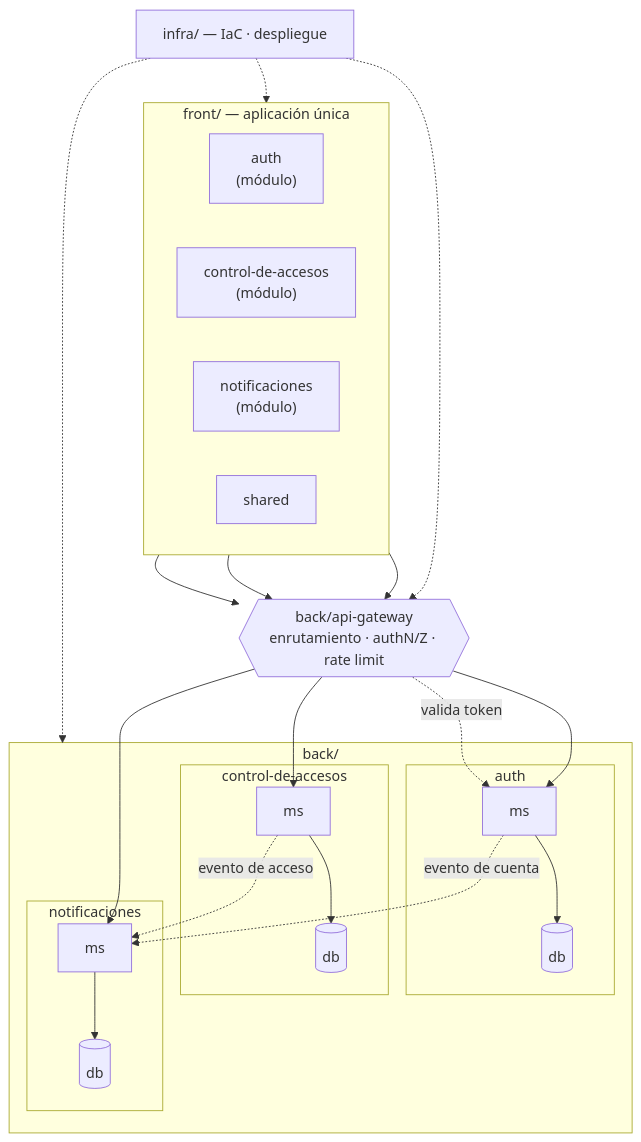
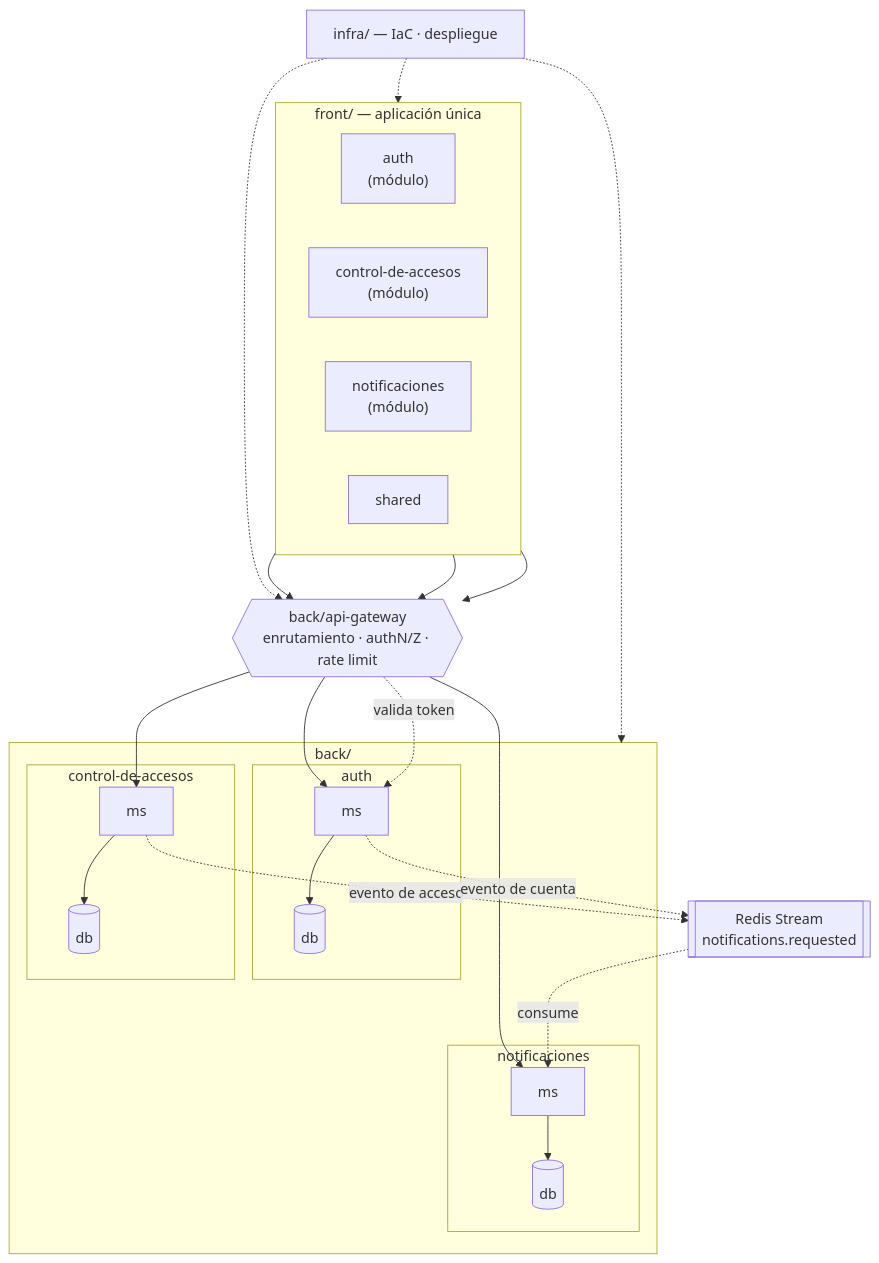
The diagram in docs/architecture.md (nestorsgarzonc/SuperApp), drawn with Mermaid before and after one commit. The commit also changed other lines of this file and 43 other files, not shown here.

````diff
--- a/docs/architecture.md
+++ b/docs/architecture.md
@@ -11,41 +11,43 @@
 ```mermaid
 flowchart TB
   subgraph front["front/ — aplicación única"]
     direction LR
     MOD_AU["auth<br/>(módulo)"]
     MOD_CA["control-de-accesos<br/>(módulo)"]
     MOD_NO["notificaciones<br/>(módulo)"]
     SHARED["shared"]
   end
 
   GW{{"back/api-gateway<br/>enrutamiento · authN/Z · rate limit"}}
 
   subgraph back["back/"]
     subgraph fau["auth"]
       MAU["ms"] --> DAU[("db")]
     end
     subgraph fca["control-de-accesos"]
       MCA["ms"] --> DCA[("db")]
     end
     subgraph fno["notificaciones"]
       MNO["ms"] --> DNO[("db")]
     end
   end
 
   MOD_AU --> GW
   MOD_CA --> GW
   MOD_NO --> GW
 
   GW --> MAU
   GW --> MCA
   GW --> MNO
 
   GW -. "valida token" .-> MAU
-  MCA -. "evento de acceso" .-> MNO
-  MAU -. "evento de cuenta" .-> MNO
+  BUS[["Redis Stream<br/>notifications.requested"]]
+  MCA -. "evento de acceso" .-> BUS
+  MAU -. "evento de cuenta" .-> BUS
+  BUS -. "consume" .-> MNO
 
   INF["infra/ — IaC · despliegue"]
   INF -.-> front
   INF -.-> GW
   INF -.-> back
 ```
````
